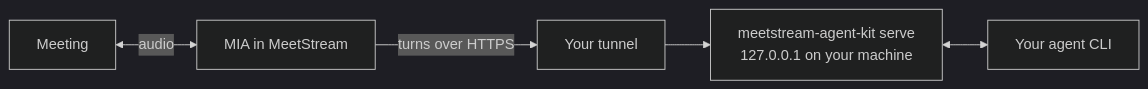
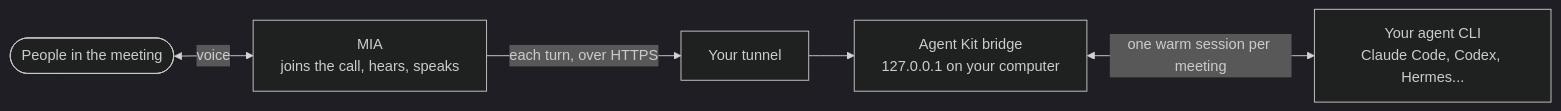
One commit to meetstream-ai/agent-kit changed the diagram in README.md. Above: the diagram before and after it, drawn with Mermaid (dark theme). The commit also changed other lines of this file and 8 other files, not shown here.

Commit message:
README for the public agent-kit repo: hero, agent logos, dashboard screens (light and dark), uv install, access levels, troubleshooting

````diff
--- a/README.md
+++ b/README.md
@@ -30,7 +45,7 @@
 ```mermaid
 flowchart LR
-  M[Meeting] <-->|audio| MIA[MIA in MeetStream]
-  MIA -->|turns over HTTPS| T[Your tunnel]
-  T --> B[meetstream-agent-kit serve<br/>127.0.0.1 on your machine]
-  B <--> A[Your agent CLI]
+  P([People in the meeting]) <-->|voice| MIA[MIA<br/>joins the call, hears, speaks]
+  MIA -->|each turn, over HTTPS| T[Your tunnel]
+  T --> B[Agent Kit bridge<br/>127.0.0.1 on your computer]
+  B <-->|one warm session per meeting| A[Your agent CLI<br/>Claude Code, Codex, Hermes...]
 ```
````
